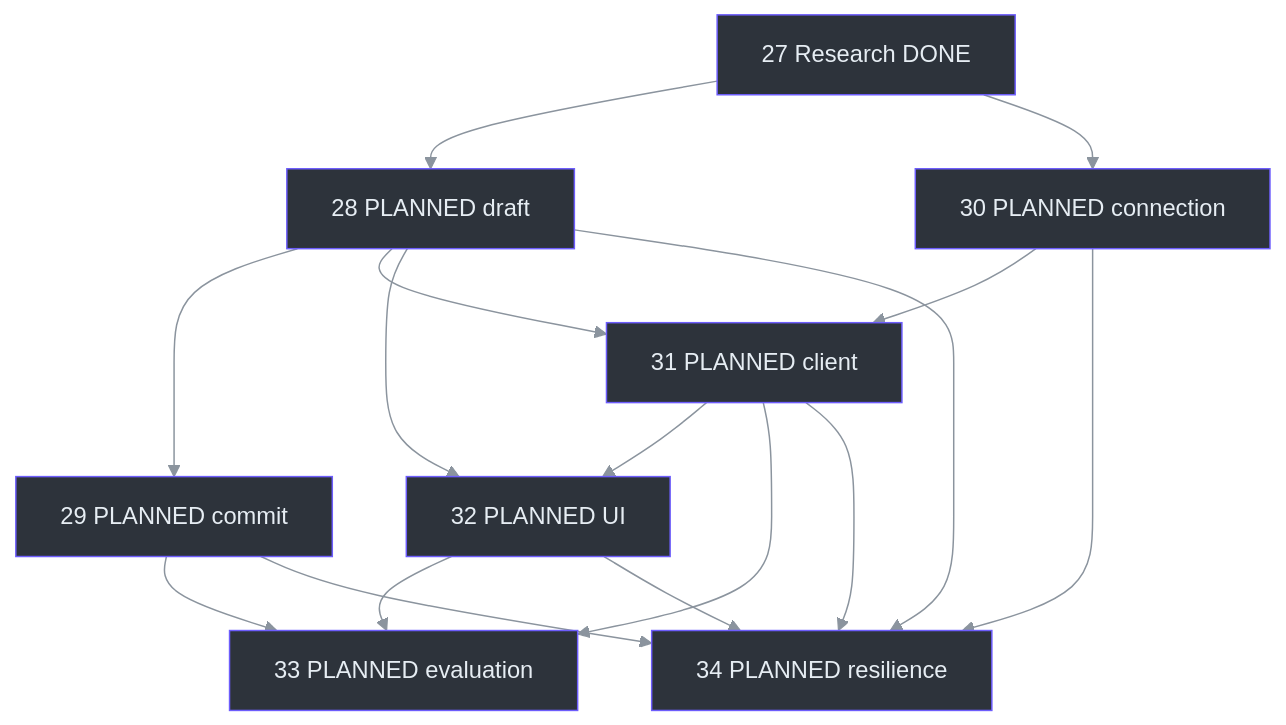
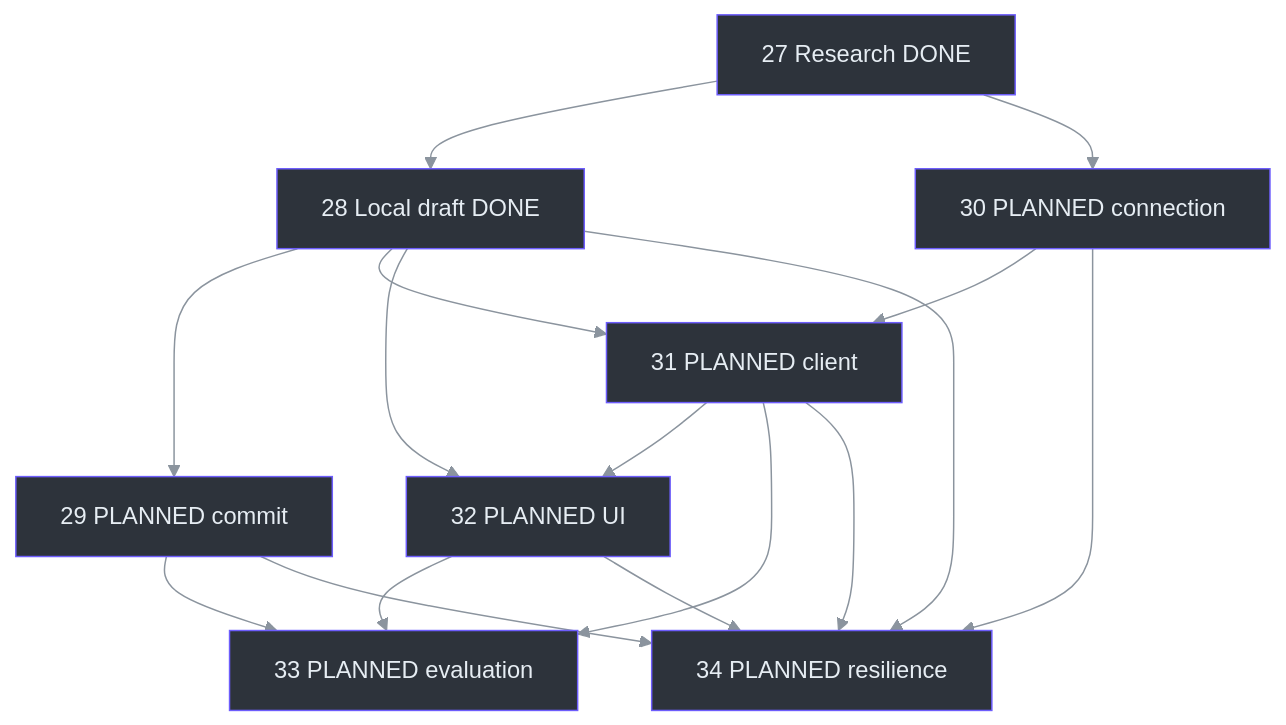
Before and after one commit to Zanark/phantom-fudge: the diagram in docs/handbook/assets/diagrams/21-evidence-and-roadmap-03.mmd, drawn with Mermaid. The commit also changed 107 other files, not shown here.

```diff
--- a/docs/handbook/assets/diagrams/21-evidence-and-roadmap-03.mmd
+++ b/docs/handbook/assets/diagrams/21-evidence-and-roadmap-03.mmd
@@ -1,34 +1,34 @@
 ---
 config:
   theme: base
   themeVariables:
     lineColor: "#8b949e"
     textColor: "#e6edf3"
 ---
 flowchart TB
     accTitle: PLANNED answer workstream dependencies
-    accDescr: Research is complete, but draft, commit, connection, streaming, UI, evaluation, and resilience remain planned.
-    Research["27 Research DONE"] --> Draft["28 PLANNED draft"]
+    accDescr: Research and local drafts are complete, while commit, connection, streaming answers, evaluation and resilience remain planned.
+    Research["27 Research DONE"] --> Draft["28 Local draft DONE"]
     Research --> Auth["30 PLANNED connection"]
     Draft --> Commit["29 PLANNED commit"]
     Draft --> Client["31 PLANNED client"]
     Auth --> Client
     Draft --> UI["32 PLANNED UI"]
     Client --> UI
     Commit --> Measure["33 PLANNED evaluation"]
     Client --> Measure
     UI --> Measure
     Draft --> Resilience["34 PLANNED resilience"]
     Commit --> Resilience
     Auth --> Resilience
     Client --> Resilience
     UI --> Resilience
     style Research fill:#2d333b,stroke:#6d5dfc,color:#e6edf3
     style Draft fill:#2d333b,stroke:#6d5dfc,color:#e6edf3
     style Auth fill:#2d333b,stroke:#6d5dfc,color:#e6edf3
     style Commit fill:#2d333b,stroke:#6d5dfc,color:#e6edf3
     style Client fill:#2d333b,stroke:#6d5dfc,color:#e6edf3
     style UI fill:#2d333b,stroke:#6d5dfc,color:#e6edf3
     style Measure fill:#2d333b,stroke:#6d5dfc,color:#e6edf3
     style Resilience fill:#2d333b,stroke:#6d5dfc,color:#e6edf3
     linkStyle default stroke:#8b949e
```
